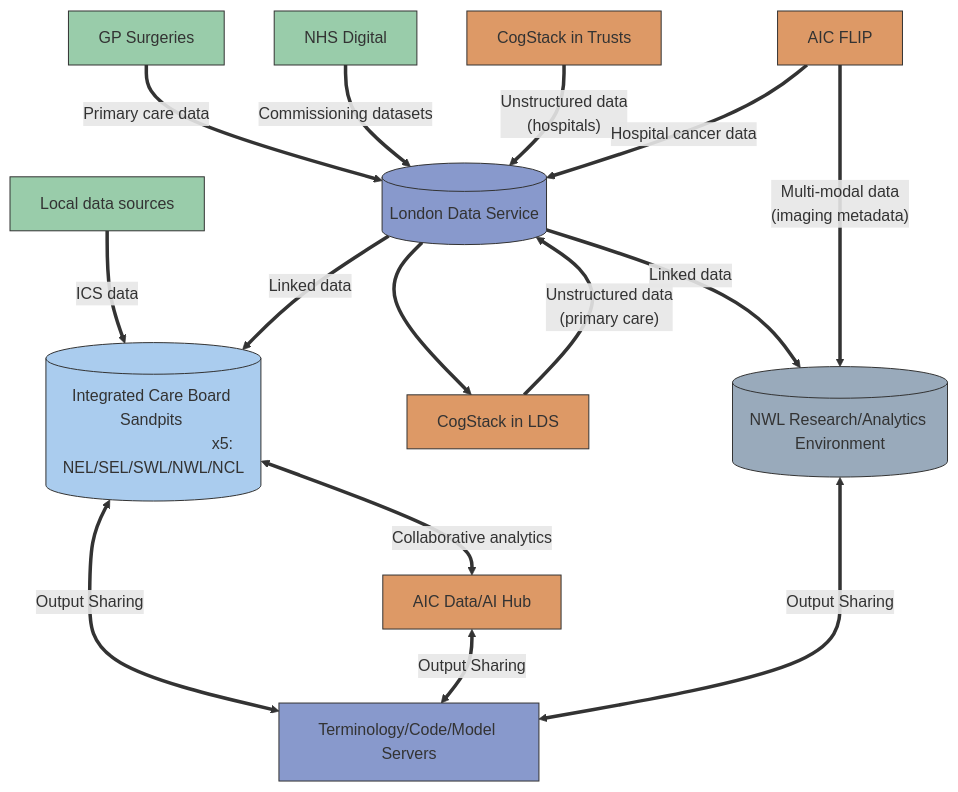
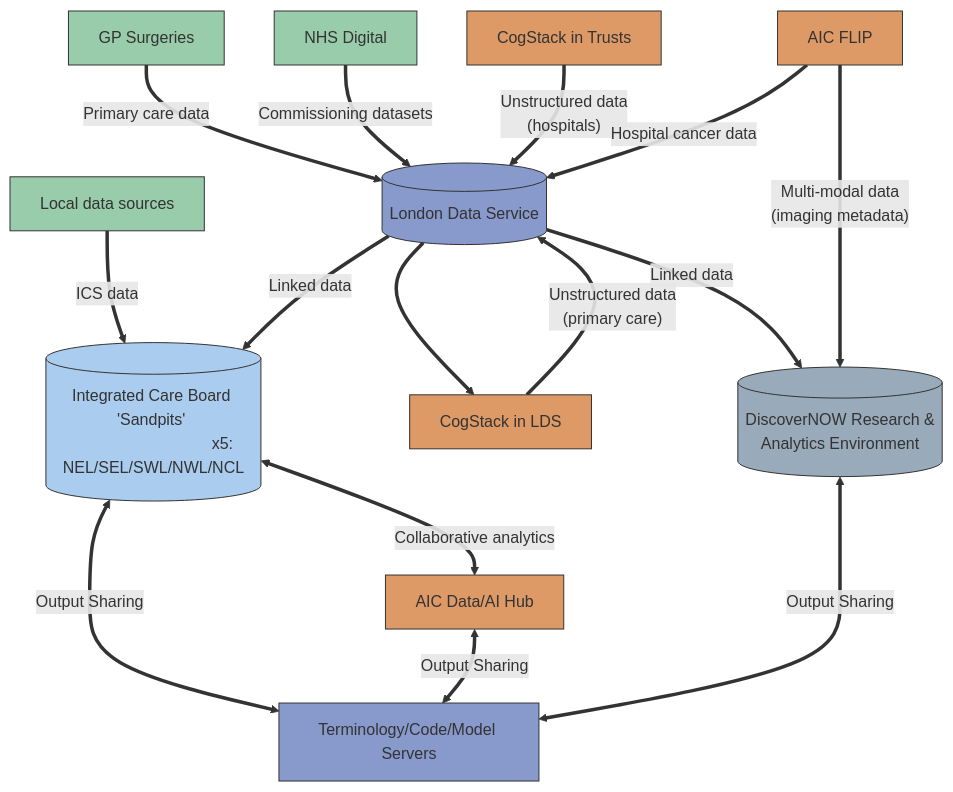
Before and after one commit to d3london/sde-aic: the first of 3 diagrams in docs/index.qmd, drawn with Mermaid. The commit also changed other lines of this file and 13 other files, not shown here.

````diff
--- a/docs/index.qmd
+++ b/docs/index.qmd
@@ -36,43 +36,44 @@
 ```{mermaid}
 %%| fig-width: 6
 %%| label: fig-sde-summary
 %%| fig-cap: "Summary of SDE components and data flows. Each London ICB is provisioned with its own data/analytics environment through the LDS. FLIP = Federated Learning and Interoperability Platform."
 flowchart TD
     d1[GP Surgeries] ==>|Primary care data| LDS1[(London Data Service)]
     d2[NHS Digital] ==>|Commissioning datasets| LDS1
     d3[Local data sources] ==>|ICS data| ICB
     AIC1["CogStack in Trusts"] ==>|"Unstructured data 
                                           (hospitals)"| LDS1
     LDS1==> AIC1a["CogStack in LDS"]
     AIC1a==>|"Unstructured data 
                 (primary care)"| LDS1
-    LDS1 ==>|Linked data| NWL1[(NWL Research/Analytics Environment)]
+    LDS1 ==>|Linked data| NWL1[("DiscoverNOW Research & 
+                                Analytics Environment")]
 
     AIC2["AIC FLIP"] ==> |"Multi-modal data 
                                           (imaging metadata)"| NWL1
     AIC2 ==> |Hospital cancer data| LDS1
-    LDS1 ==>|Linked data| ICB[("Integrated Care Board Sandpits 
+    LDS1 ==>|Linked data| ICB[("Integrated Care Board 'Sandpits' 
                                 x5: NEL/SEL/SWL/NWL/NCL")]
 
     ICB <==>|Collaborative analytics| AIC3[AIC Data/AI Hub]
     ICB <==>|Output Sharing| LDS2[Terminology/Code/Model Servers]
     AIC3 <==>|Output Sharing| LDS2
     NWL1 <==>|Output Sharing| LDS2
 
     classDef green fill:#ab9, stroke:#333, stroke-width:1px
     classDef blue fill:#89c, stroke:#333, stroke-width:1px
     classDef bluegreen fill:#9ca, stroke:#333, stroke-width:1px
     classDef lightblue fill:#ace, stroke:#333, stroke-width:1px
     classDef red fill:#c89, stroke:#333, stroke-width:1px
     classDef lightorange fill:#ca8, stroke:#333, stroke-width:1px
     classDef orange fill:#d96, stroke:#333, stroke-width:1px
     classDef purple fill:#a9c, stroke:#333, stroke-width:1px
     classDef bluegray fill:#9ab, stroke:#333, stroke-width:1px
     classDef gray fill:#fff, stroke:#333, stroke-width:1px
 
     class LDS1,LDS2 blue
     class ICB lightblue
     class AIC1,AIC1a,AIC2,AIC3 orange
     class NWL1,NWL2 bluegray
     class d1,d2,d3 bluegreen
 ```
````
